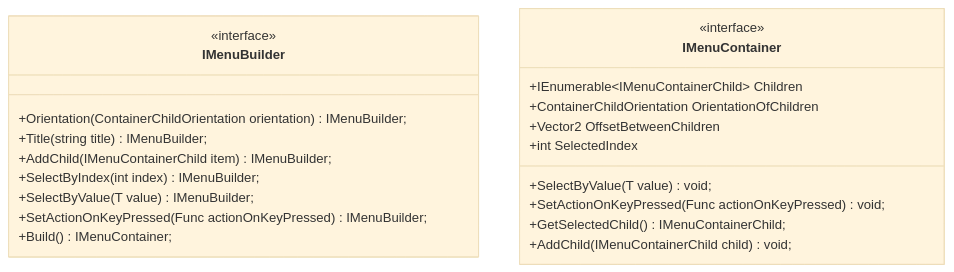
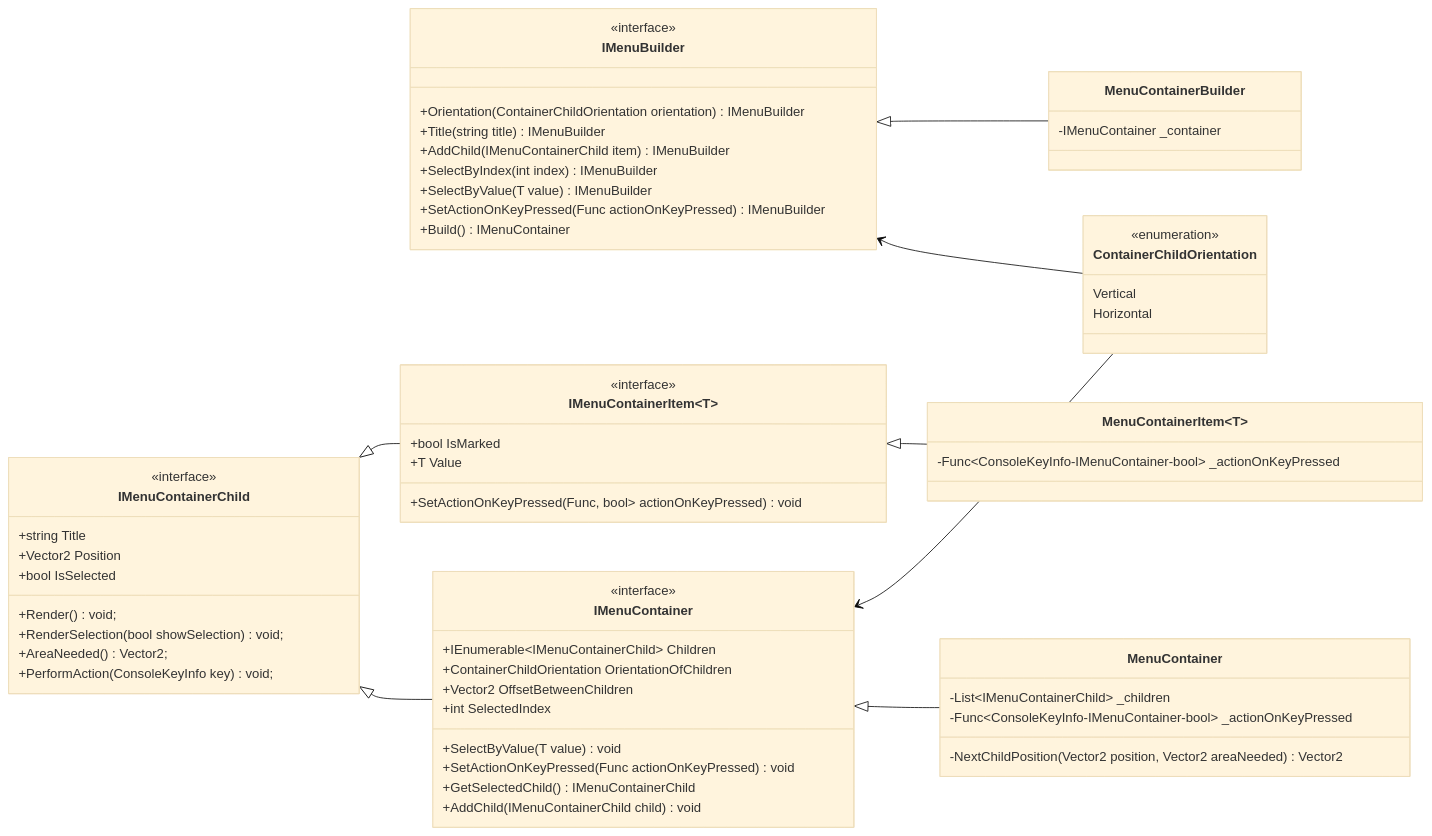
The diagram in README.md (MikyGus/ConsoleExtension), drawn with Mermaid (base theme) before and after one commit.

Commit message:
Add Class Diagram

````diff
--- a/README.md
+++ b/README.md
@@ -4,26 +4,79 @@
 ```mermaid
 classDiagram
+direction RL
 class IMenuBuilder{
     <<interface>>
-    +Orientation(ContainerChildOrientation orientation) IMenuBuilder;
-    +Title(string title) IMenuBuilder;
-    +AddChild(IMenuContainerChild item) IMenuBuilder;
-    +SelectByIndex(int index) IMenuBuilder;
-    +SelectByValue<T>(T value) IMenuBuilder;
-    +SetActionOnKeyPressed(Func<ConsoleKeyInfo, IMenuContainer, bool> actionOnKeyPressed) IMenuBuilder;
-    +Build() IMenuContainer;
+    +Orientation(ContainerChildOrientation orientation) IMenuBuilder
+    +Title(string title) IMenuBuilder
+    +AddChild(IMenuContainerChild item) IMenuBuilder
+    +SelectByIndex(int index) IMenuBuilder
+    +SelectByValue<T>(T value) IMenuBuilder
+    +SetActionOnKeyPressed(Func<ConsoleKeyInfo, IMenuContainer, bool> actionOnKeyPressed) IMenuBuilder
+    +Build() IMenuContainer
 }
 
 class IMenuContainer{
     <<interface>>
     +IEnumerable~IMenuContainerChild~ Children
     +ContainerChildOrientation OrientationOfChildren
     +Vector2 OffsetBetweenChildren
     +int SelectedIndex
 
-    +SelectByValue<T>(T value) void;
-    +SetActionOnKeyPressed(Func<ConsoleKeyInfo, IMenuContainer, bool> actionOnKeyPressed) void;
-    +GetSelectedChild() IMenuContainerChild;
-    +AddChild(IMenuContainerChild child) void;
+    +SelectByValue<T>(T value) void
+    +SetActionOnKeyPressed(Func<ConsoleKeyInfo, IMenuContainer, bool> actionOnKeyPressed) void
+    +GetSelectedChild() IMenuContainerChild
+    +AddChild(IMenuContainerChild child) void
 }
+
+class IMenuContainerChild{
+    <<interface>>
+    +string Title
+    +Vector2 Position
+    +bool IsSelected
+    +Render() void;
+    +RenderSelection(bool showSelection) void;
+    +AreaNeeded() Vector2;
+    +PerformAction(ConsoleKeyInfo key) void;
+}
+
+
+class IMenuContainerItem~T~{
+    <<interface>>
+    +bool IsMarked
+    +T Value
+    +SetActionOnKeyPressed(Func<ConsoleKeyInfo, IMenuContainerItem<T>, bool> actionOnKeyPressed) void
+}
+
+class ContainerChildOrientation{
+    <<enumeration>>
+    Vertical
+    Horizontal
+}
+
+class MenuContainer{
+    -List~IMenuContainerChild~ _children
+    -Func~ConsoleKeyInfo-IMenuContainer-bool~ _actionOnKeyPressed
+    -NextChildPosition(Vector2 position, Vector2 areaNeeded) Vector2
+}
+
+class MenuContainerItem~T~{
+    -Func~ConsoleKeyInfo-IMenuContainer-bool~ _actionOnKeyPressed
+}
+
+%%class PerformAction{
+%%    MoveSelectionUpOrDown(ConsoleKeyInfo key, IMenuContainer container) bool$
+%%    MoveSelectionLeftOrRight(ConsoleKeyInfo key, IMenuContainer container) bool$
+%%}
+
+class MenuContainerBuilder{
+    -IMenuContainer _container
+}
+
+IMenuContainerItem --|> IMenuContainerChild
+IMenuContainer --|> IMenuContainerChild
+MenuContainerBuilder --|> IMenuBuilder
+ContainerChildOrientation --> IMenuBuilder
+ContainerChildOrientation --> IMenuContainer
+MenuContainer --|> IMenuContainer
+MenuContainerItem --|> IMenuContainerItem
 ```
````
